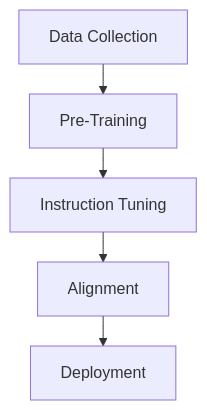
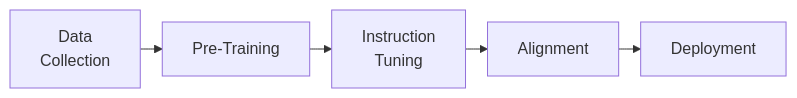
One commit to VadimSokolov/bayes_ai_deep_learning changed the diagram in fig/mermaid/24-llm-lifecycle.mmd. Above: the diagram before and after it, drawn with Mermaid. The commit also changed 1241 other files, not shown here.

```diff
--- a/fig/mermaid/24-llm-lifecycle.mmd
+++ b/fig/mermaid/24-llm-lifecycle.mmd
@@ -1,6 +1,6 @@
-%%{init: {'flowchart': {'rankSpacing': 30}}}%%
-flowchart TB
-    D[Data Collection] --> P[Pre-Training]
-    P --> I[Instruction Tuning]
+%%{init: {'flowchart': {'rankSpacing': 22, 'nodeSpacing': 20}}}%%
+flowchart LR
+    D["Data<br>Collection"] --> P[Pre-Training]
+    P --> I["Instruction<br>Tuning"]
     I --> A[Alignment]
     A --> Dep[Deployment]
```
